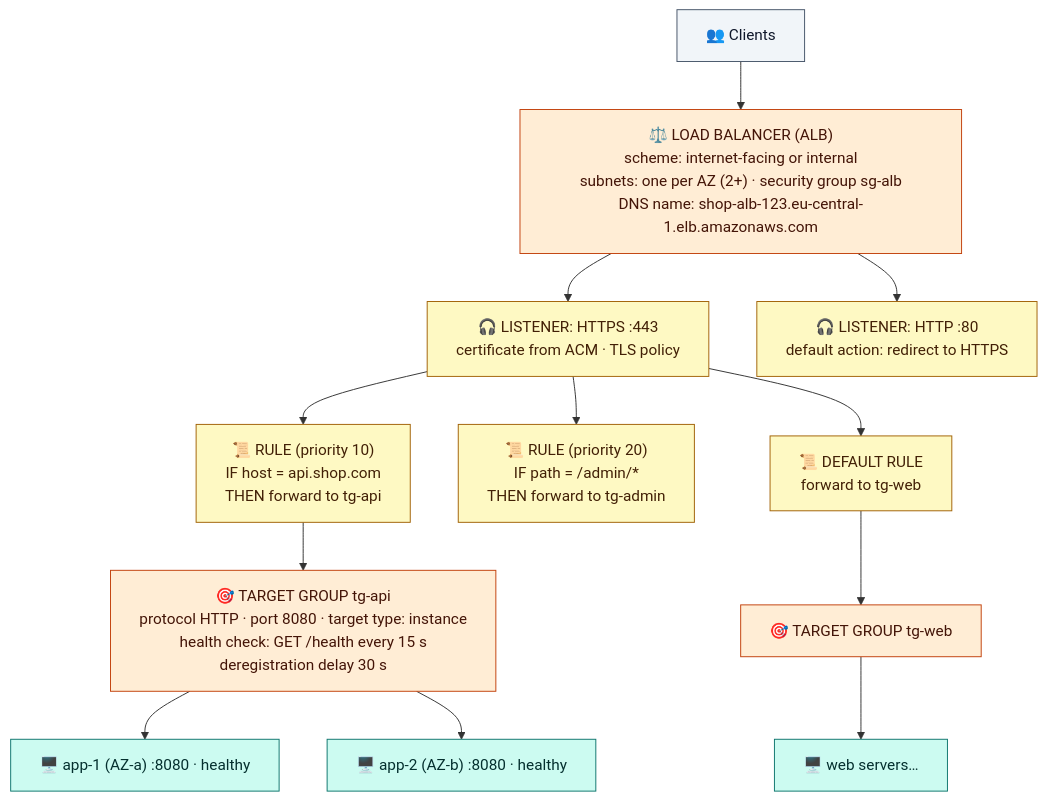
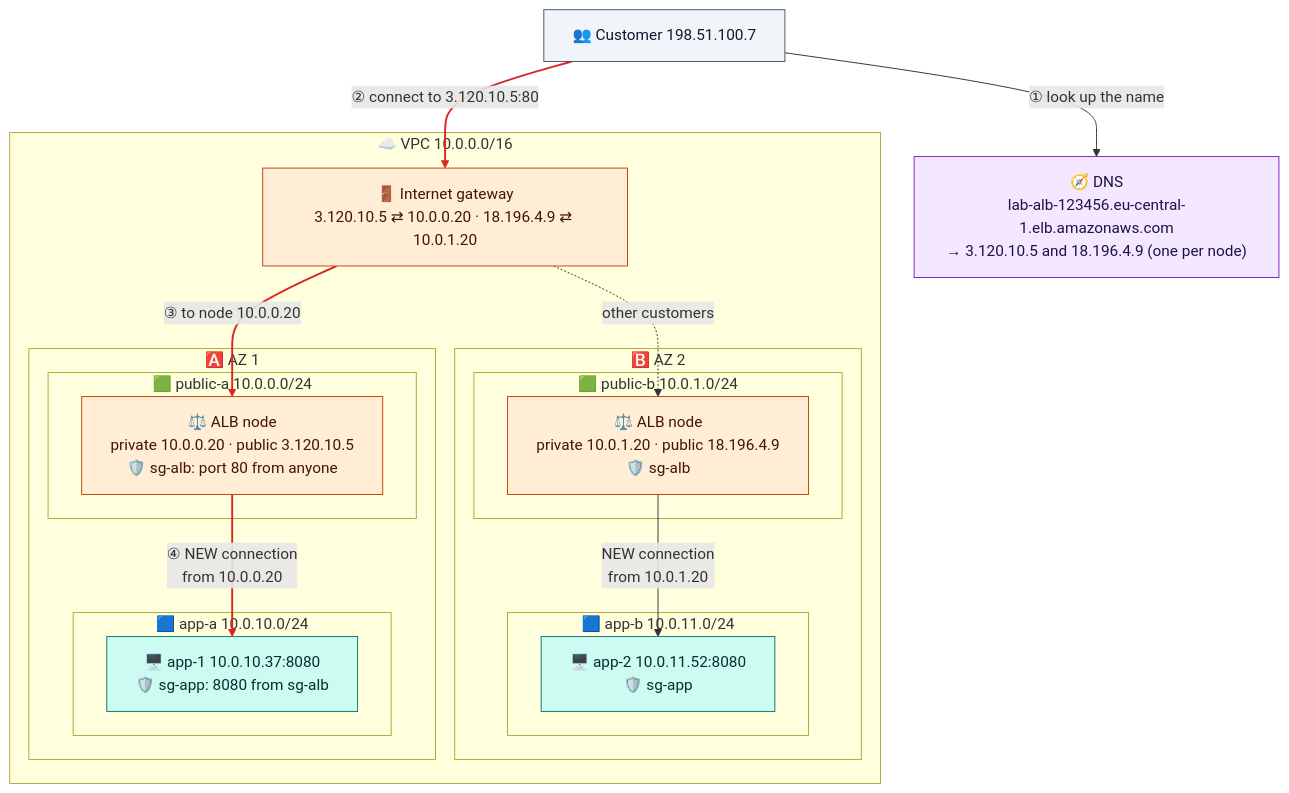
Before and after one commit to mohammadne/aws-lab: the diagram in networking/05-load-balancers.md, drawn with Mermaid. The commit also changed other lines of this file and 1 other file, not shown here.

First line of the commit message:
docs(networking): explain local route, public IP flow, and load balancers in depth

````diff
--- a/networking/05-load-balancers.md
+++ b/networking/05-load-balancers.md
@@ -26,33 +79,39 @@
 ```mermaid
-%%{init: {"flowchart": {"wrappingWidth": 400}}}%%
+%%{init: {"flowchart": {"wrappingWidth": 320}}}%%
 flowchart TB
+    classDef ext fill:#f1f5f9,stroke:#475569,color:#0f172a
+    classDef global fill:#f3e8ff,stroke:#7e22ce,color:#1f1147
     classDef gw fill:#ffedd5,stroke:#c2410c,color:#431407
-    classDef cfg fill:#fef9c3,stroke:#a16207,color:#422006
     classDef compute fill:#ccfbf1,stroke:#0f766e,color:#042f2e
-    classDef ext fill:#f1f5f9,stroke:#475569,color:#0f172a
 
-    C["👥 Clients"]:::ext
-    LB["⚖️ LOAD BALANCER (ALB)<br/>scheme: internet-facing or internal<br/>subnets: one per AZ (2+) · security group sg-alb<br/>DNS name: shop-alb-123.eu-central-1.elb.amazonaws.com"]:::gw
-    L443["🎧 LISTENER: HTTPS :443<br/>certificate from ACM · TLS policy"]:::cfg
-    L80["🎧 LISTENER: HTTP :80<br/>default action: redirect to HTTPS"]:::cfg
-    R1["📜 RULE (priority 10)<br/>IF host = api.shop.com<br/>THEN forward to tg-api"]:::cfg
-    R2["📜 RULE (priority 20)<br/>IF path = /admin/*<br/>THEN forward to tg-admin"]:::cfg
-    RD["📜 DEFAULT RULE<br/>forward to tg-web"]:::cfg
-    TGA["🎯 TARGET GROUP tg-api<br/>protocol HTTP · port 8080 · target type: instance<br/>health check: GET /health every 15 s<br/>deregistration delay 30 s"]:::gw
-    TGW["🎯 TARGET GROUP tg-web"]:::gw
-    T1["🖥️ app-1 (AZ-a) :8080 · healthy"]:::compute
-    T2["🖥️ app-2 (AZ-b) :8080 · healthy"]:::compute
-    T3["🖥️ web servers…"]:::compute
+    CLIENT["👥 Customer 198.51.100.7"]:::ext
+    DNS["🧭 DNS<br/>lab-alb-123456.eu-central-1.elb.amazonaws.com<br/>→ 3.120.10.5 and 18.196.4.9 (one per node)"]:::global
+    subgraph VPC["☁️ VPC 10.0.0.0/16"]
+        IGW["🚪 Internet gateway<br/>3.120.10.5 ⇄ 10.0.0.20 · 18.196.4.9 ⇄ 10.0.1.20"]:::gw
+        subgraph AZB["🅱️ AZ 2"]
+            subgraph PUBB["🟩 public-b 10.0.1.0/24"]
+                NB["⚖️ ALB node<br/>private 10.0.1.20 · public 18.196.4.9<br/>🛡️ sg-alb"]:::gw
+            end
+            subgraph APPB["🟦 app-b 10.0.11.0/24"]
+                A2["🖥️ app-2 10.0.11.52:8080<br/>🛡️ sg-app"]:::compute
+            end
+        end
+        subgraph AZA["🅰️ AZ 1"]
+            subgraph PUBA["🟩 public-a 10.0.0.0/24"]
+                NA["⚖️ ALB node<br/>private 10.0.0.20 · public 3.120.10.5<br/>🛡️ sg-alb: port 80 from anyone"]:::gw
+            end
+            subgraph APPA["🟦 app-a 10.0.10.0/24"]
+                A1["🖥️ app-1 10.0.10.37:8080<br/>🛡️ sg-app: 8080 from sg-alb"]:::compute
+            end
+        end
+    end
 
-    C --> LB
-    LB --> L443
-    LB --> L80
-    L443 --> R1
-    L443 --> R2
-    L443 --> RD
-    R1 --> TGA
-    RD --> TGW
-    TGA --> T1
-    TGA --> T2
-    TGW --> T3
+    CLIENT -->|"① look up the name"| DNS
+    CLIENT -->|"② connect to 3.120.10.5:80"| IGW
+    IGW -.->|"other customers"| NB
+    IGW -->|"③ to node 10.0.0.20"| NA
+    NA -->|"④ NEW connection<br/>from 10.0.0.20"| A1
+    NB -->|"NEW connection<br/>from 10.0.1.20"| A2
+
+    linkStyle 1,3,4 stroke:#dc2626,stroke-width:2px
 ```
````
